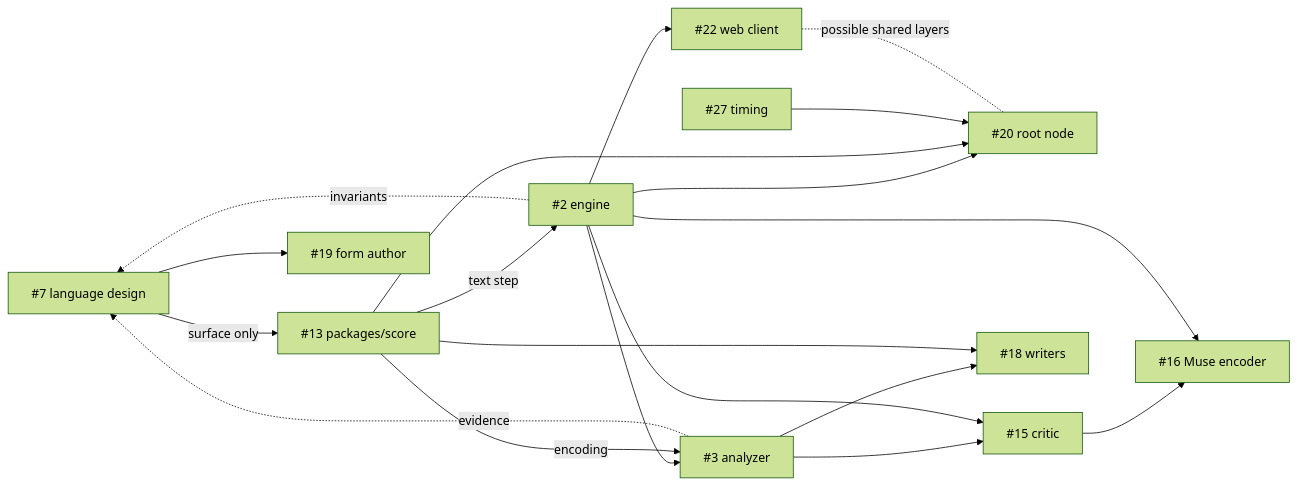
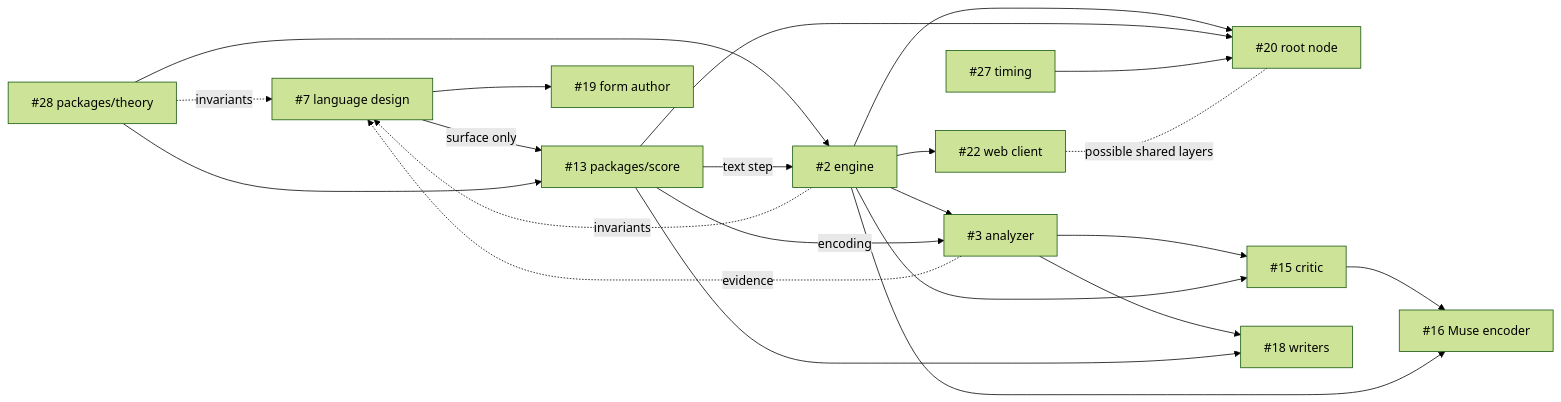
Before and after one commit to yggi/jambot: the diagram in docs/ROADMAP.md, drawn with Mermaid (forest theme). The commit also changed other lines of this file and 3 other files, not shown here.

First line of the commit message:
Add the four laws, packages/theory, and the v0/v1 scopes

````diff
--- a/docs/ROADMAP.md
+++ b/docs/ROADMAP.md
@@ -107,21 +112,24 @@
 ```mermaid
 graph LR
   L7["#7 language design"] -- "surface only" --> S13["#13 packages/score"]
+  T28["#28 packages/theory"] --> S13
+  T28 --> E2
+  T28 -. "invariants" .-> L7
   S13 -- "text step" --> E2["#2 engine"]
   E2 -. "invariants" .-> L7
   E2 --> A3["#3 analyzer"]
   S13 -- "encoding" --> A3
   A3 -. "evidence" .-> L7
   E2 --> W22["#22 web client"]
   E2 --> R20["#20 root node"]
   S13 --> R20
   T27["#27 timing"] --> R20
   W22 -. "possible shared layers" .- R20
   A3 --> C15["#15 critic"]
   E2 --> C15
   C15 --> M16["#16 Muse encoder"]
   E2 --> M16
   A3 --> W18["#18 writers"]
   S13 --> W18
   L7 --> F19["#19 form author"]
 ```
````
